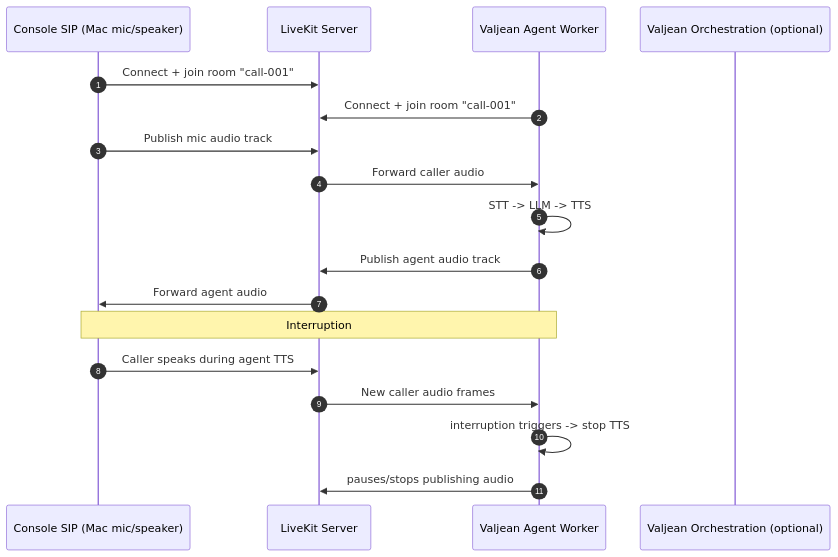
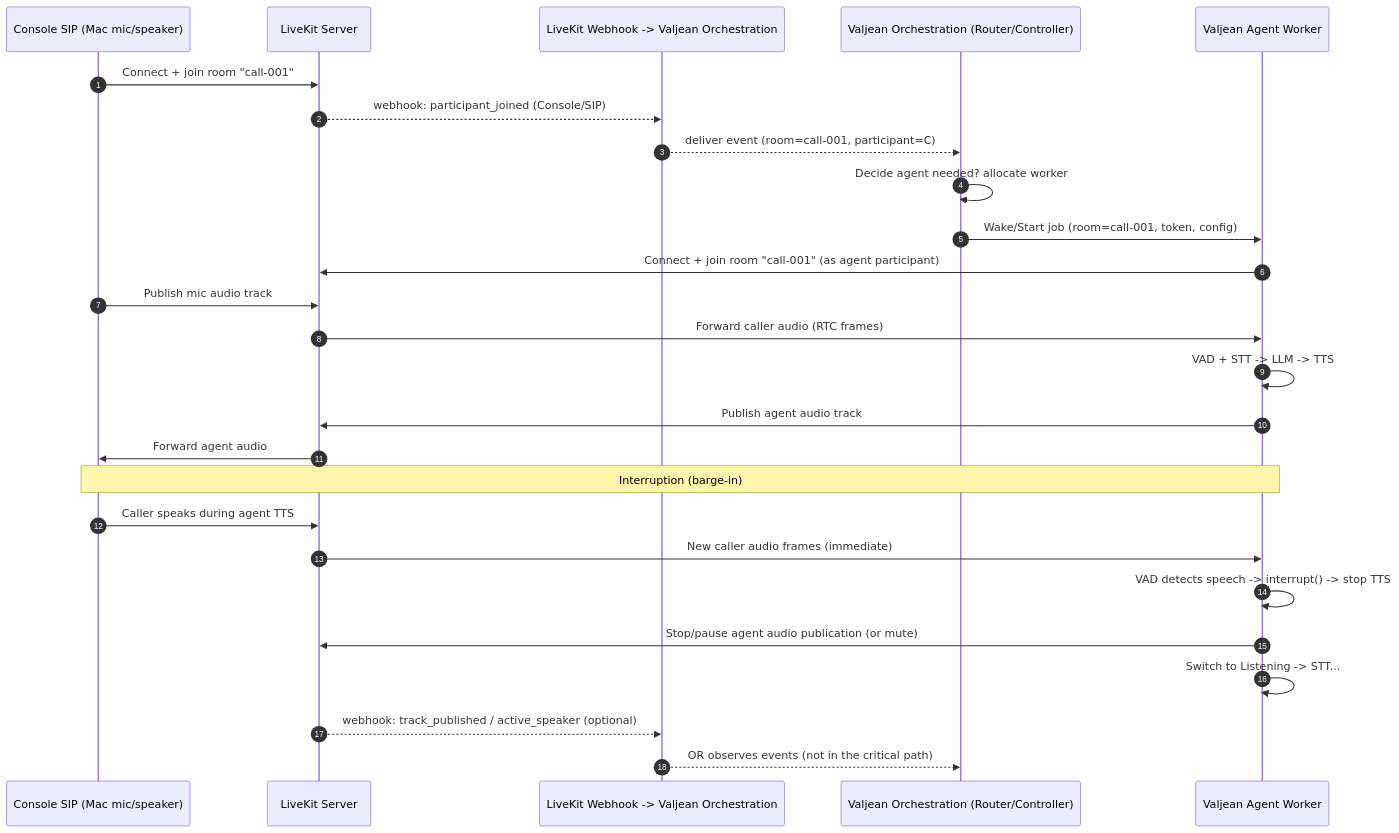
One commit to nduyhai/valjean-orchestration changed the fourth of 4 diagrams in docs/design.md. Above: the diagram before and after it, drawn with Mermaid. The commit also changed other lines of this file, not shown here.

Commit message:
feat: add demo diagram

````diff
--- a/docs/design.md
+++ b/docs/design.md
@@ -177,24 +177,33 @@
 ```mermaid
 sequenceDiagram
-  autonumber
-  participant C as Console SIP (Mac mic/speaker)
-  participant LK as LiveKit Server
-  participant AG as Valjean Agent Worker
-  participant OR as Valjean Orchestration (optional)
+    autonumber
+    participant C as Console SIP (Mac mic/speaker)
+    participant LK as LiveKit Server
+    participant WH as LiveKit Webhook -> Valjean Orchestration
+    participant OR as Valjean Orchestration (Router/Controller)
+    participant AG as Valjean Agent Worker
 
-  C->>LK: Connect + join room "call-001"
-  AG->>LK: Connect + join room "call-001"
+    C->>LK: Connect + join room "call-001"
+    LK-->>WH: webhook: participant_joined (Console/SIP)
+    WH-->>OR: deliver event (room=call-001, participant=C)
 
-  C->>LK: Publish mic audio track
-  LK->>AG: Forward caller audio
+    OR->>OR: Decide agent needed? allocate worker
+    OR->>AG: Wake/Start job (room=call-001, token, config)
+    AG->>LK: Connect + join room "call-001" (as agent participant)
 
-  AG->>AG: STT -> LLM -> TTS
-  AG->>LK: Publish agent audio track
-  LK->>C: Forward agent audio
+    C->>LK: Publish mic audio track
+    LK->>AG: Forward caller audio (RTC frames)
 
-  Note over C,AG: Interruption
-  C->>LK: Caller speaks during agent TTS
-  LK->>AG: New caller audio frames
-  AG->>AG: interruption triggers -> stop TTS
-  AG->>LK: pauses/stops publishing audio
+    AG->>AG: VAD + STT -> LLM -> TTS
+    AG->>LK: Publish agent audio track
+    LK->>C: Forward agent audio
+
+    Note over C,AG: Interruption (barge-in)
+    C->>LK: Caller speaks during agent TTS
+    LK->>AG: New caller audio frames (immediate)
+    AG->>AG: VAD detects speech -> interrupt() -> stop TTS
+    AG->>LK: Stop/pause agent audio publication (or mute)
+    AG->>AG: Switch to Listening -> STT...
+    LK-->>WH: webhook: track_published / active_speaker (optional)
+    WH-->>OR: OR observes events (not in the critical path)
 ```
````
